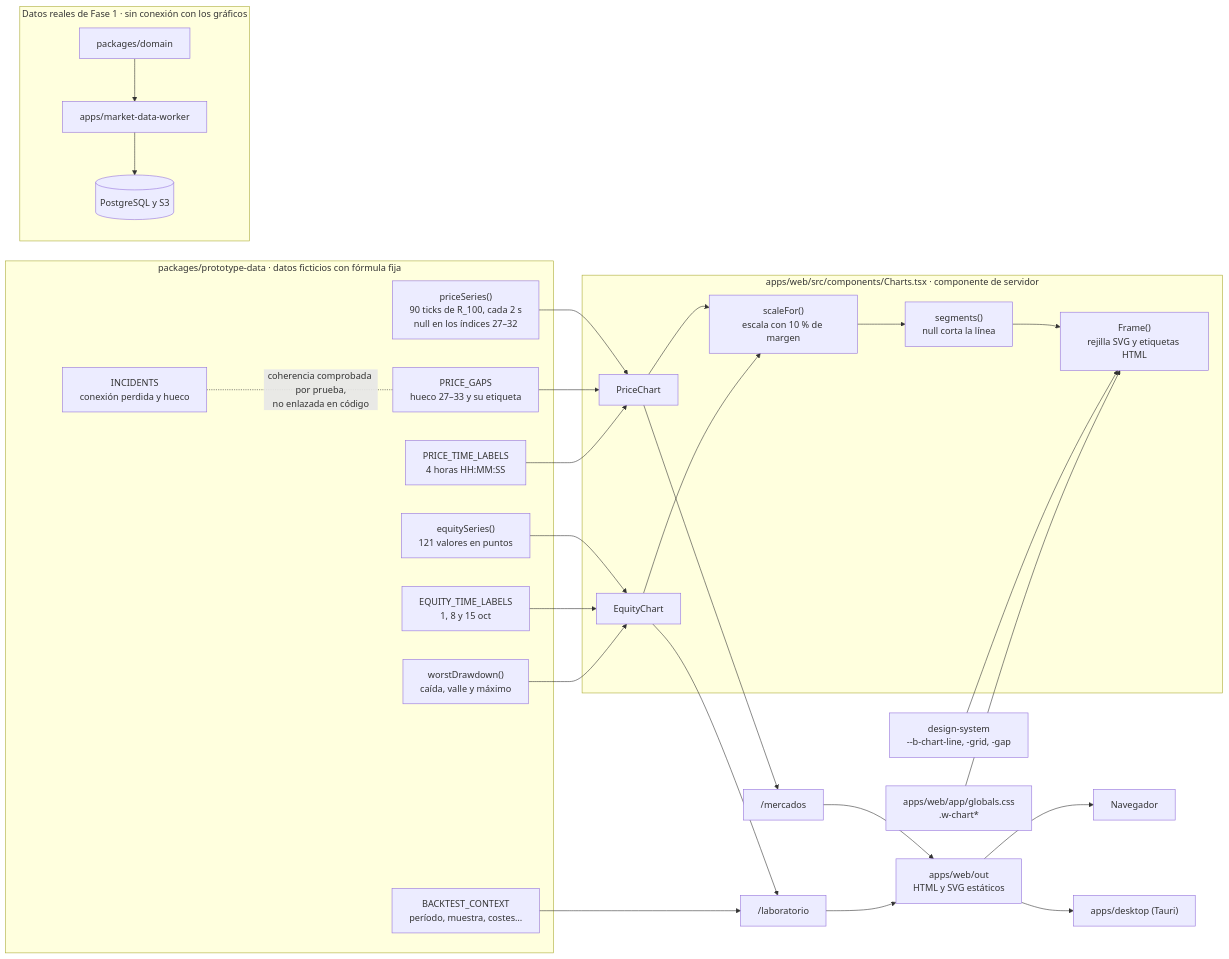
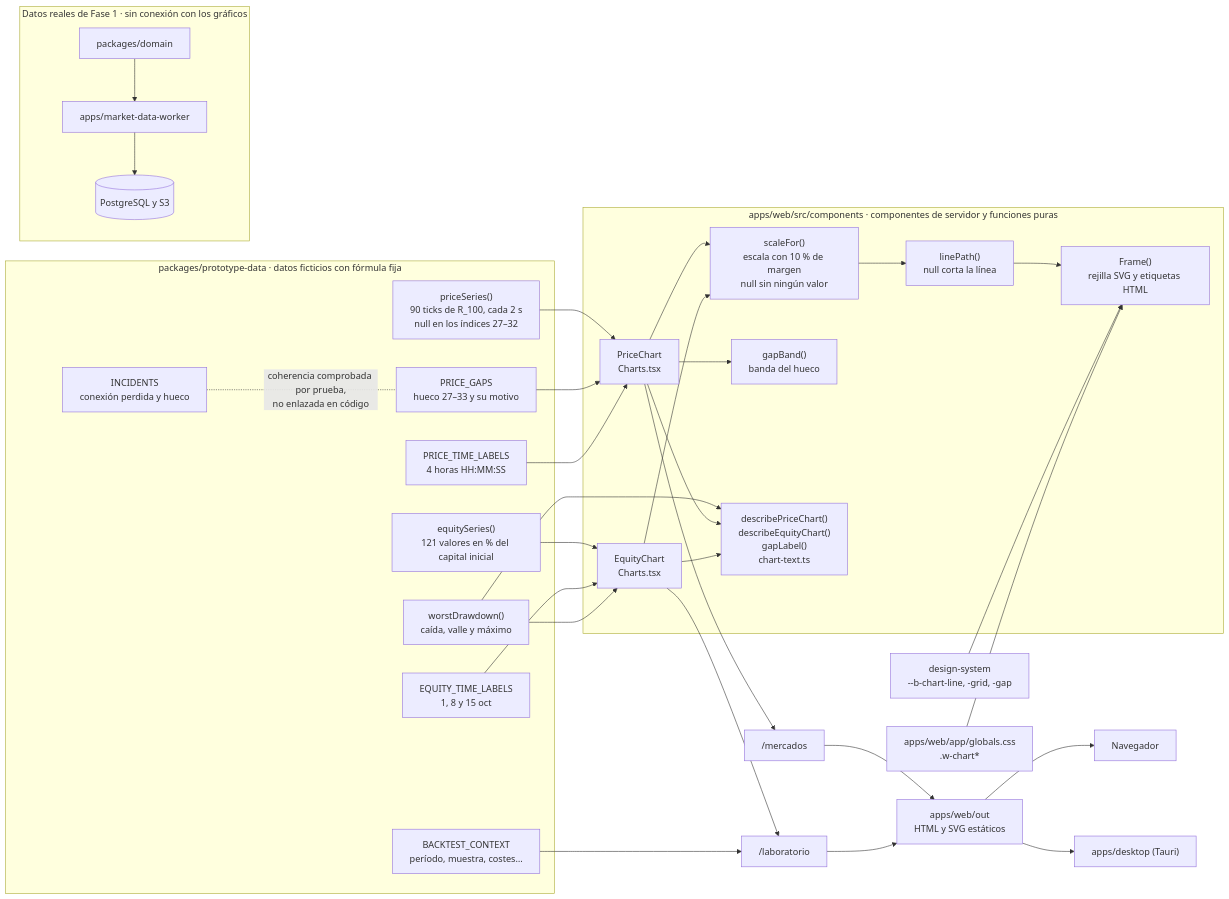
One commit to pedroxynox/buoh changed the diagram in docs/diseno/flujo-de-graficas.md. Above: the diagram before and after it, drawn with Mermaid. The commit also changed other lines of this file and 16 other files, not shown here.

First line of the commit message:
feat(web): gráficos accesibles y probados (F2.4, F2-CHART-001)

````diff
--- a/docs/diseno/flujo-de-graficas.md
+++ b/docs/diseno/flujo-de-graficas.md
@@ -15,47 +15,53 @@
 ```mermaid
 graph LR
   subgraph PD["packages/prototype-data · datos ficticios con fórmula fija"]
     PS["priceSeries()<br/>90 ticks de R_100, cada 2 s<br/>null en los índices 27–32"]
-    GAP["PRICE_GAPS<br/>hueco 27–33 y su etiqueta"]
+    GAP["PRICE_GAPS<br/>hueco 27–33 y su motivo"]
     PTL["PRICE_TIME_LABELS<br/>4 horas HH:MM:SS"]
-    ES["equitySeries()<br/>121 valores en puntos"]
+    ES["equitySeries()<br/>121 valores en % del capital inicial"]
     ETL["EQUITY_TIME_LABELS<br/>1, 8 y 15 oct"]
     WD["worstDrawdown()<br/>caída, valle y máximo"]
     INC["INCIDENTS<br/>conexión perdida y hueco"]
     BC["BACKTEST_CONTEXT<br/>período, muestra, costes…"]
   end
 
-  subgraph CH["apps/web/src/components/Charts.tsx · componente de servidor"]
-    PC["PriceChart"]
-    EC["EquityChart"]
-    SC["scaleFor()<br/>escala con 10 % de margen"]
-    SEG["segments()<br/>null corta la línea"]
+  subgraph CH["apps/web/src/components · componentes de servidor y funciones puras"]
+    PC["PriceChart<br/>Charts.tsx"]
+    EC["EquityChart<br/>Charts.tsx"]
+    SC["scaleFor()<br/>escala con 10 % de margen<br/>null sin ningún valor"]
+    SEG["linePath()<br/>null corta la línea"]
+    GB["gapBand()<br/>banda del hueco"]
+    TXT["describePriceChart()<br/>describeEquityChart()<br/>gapLabel()<br/>chart-text.ts"]
     FR["Frame()<br/>rejilla SVG y etiquetas HTML"]
   end
 
   PS --> PC
   GAP --> PC
   PTL --> PC
   ES --> EC
   ETL --> EC
   WD --> EC
+  WD --> TXT
   PC --> SC
   EC --> SC
+  PC --> GB
+  PC --> TXT
+  EC --> TXT
   SC --> SEG --> FR
   TOK["design-system<br/>--b-chart-line, -grid, -gap"] --> FR
   CSS["apps/web/app/globals.css<br/>.w-chart*"] --> FR
 
   PC --> MER["/mercados"]
   EC --> LAB["/laboratorio"]
   BC --> LAB
   MER --> OUT["apps/web/out<br/>HTML y SVG estáticos"]
   LAB --> OUT
   OUT --> NAV["Navegador"]
   OUT --> DESK["apps/desktop (Tauri)"]
 
   INC -. "coherencia comprobada por prueba,<br/>no enlazada en código" .- GAP
 
   subgraph REAL["Datos reales de Fase 1 · sin conexión con los gráficos"]
     DOM["packages/domain"] --> MDW["apps/market-data-worker"] --> DB[("PostgreSQL y S3")]
   end
 ```
````
